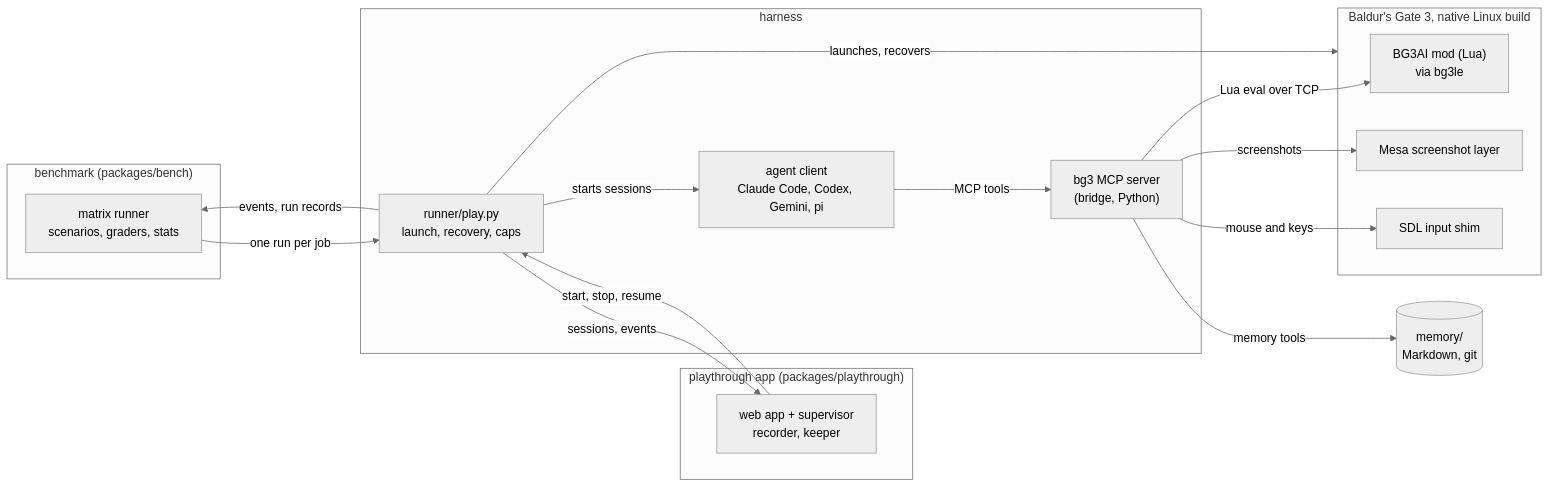
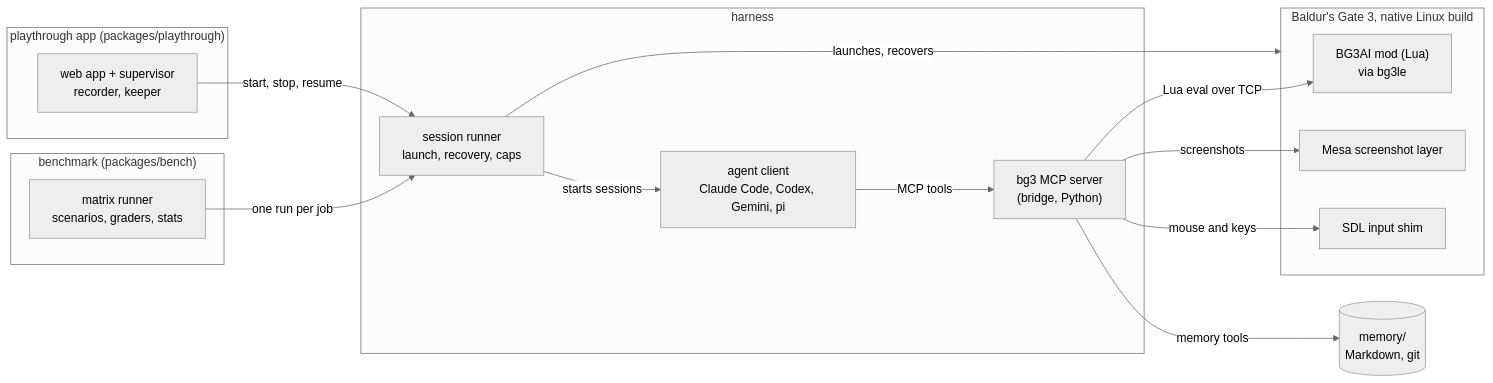
The diagram in README.md (Bogzx/bg3-agent-harness), drawn with Mermaid (neutral theme) before and after one commit. The commit also changed other lines of this file, not shown here.

Commit message:
The README is rewritten for a newcomer: what the project is and has done, the three packages with one offline-checked command each, the benchmark's status (28 scenarios, pilot not run, no results), fair play, requirements and limits

````diff
--- a/README.md
+++ b/README.md
@@ -97,32 +56,30 @@
 ```mermaid
 flowchart LR
     subgraph bench["benchmark (packages/bench)"]
         matrix["matrix runner<br/>scenarios, graders, stats"]
     end
     subgraph app["playthrough app (packages/playthrough)"]
         ui["web app + supervisor<br/>recorder, keeper"]
     end
     subgraph harness["harness"]
-        runner["runner/play.py<br/>launch, recovery, caps"]
+        runner["session runner<br/>launch, recovery, caps"]
         client["agent client<br/>Claude Code, Codex, Gemini, pi"]
         bridge["bg3 MCP server<br/>(bridge, Python)"]
     end
     memory[("memory/<br/>Markdown, git")]
     subgraph game["Baldur's Gate 3, native Linux build"]
         mod["BG3AI mod (Lua)<br/>via bg3le"]
         shot["Mesa screenshot layer"]
         input["SDL input shim"]
     end
 
     matrix -- "one run per job" --> runner
     ui -- "start, stop, resume" --> runner
     runner -- "launches, recovers" --> game
     runner -- "starts sessions" --> client
     client -- "MCP tools" --> bridge
     bridge -- "Lua eval over TCP" --> mod
     bridge -- "screenshots" --> shot
     bridge -- "mouse and keys" --> input
     bridge -- "memory tools" --> memory
-    runner -- "events, run records" --> matrix
-    runner -- "sessions, events" --> ui
 ```
````
